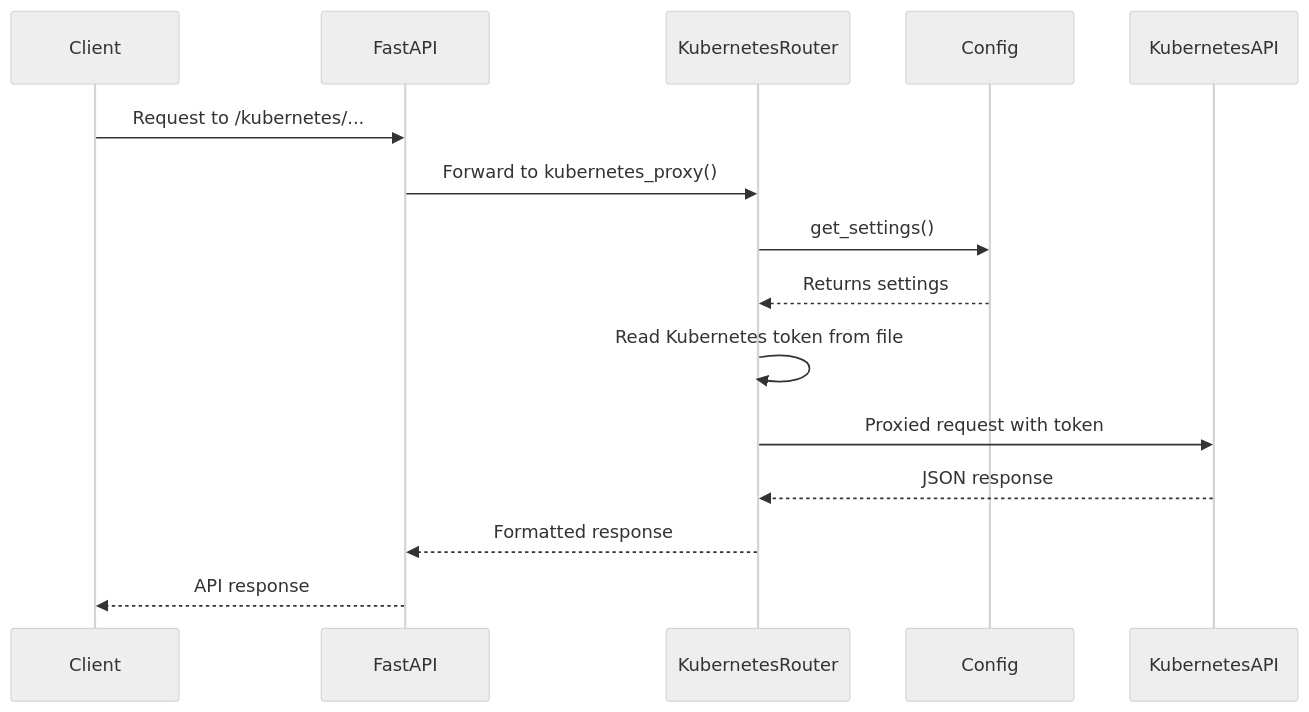
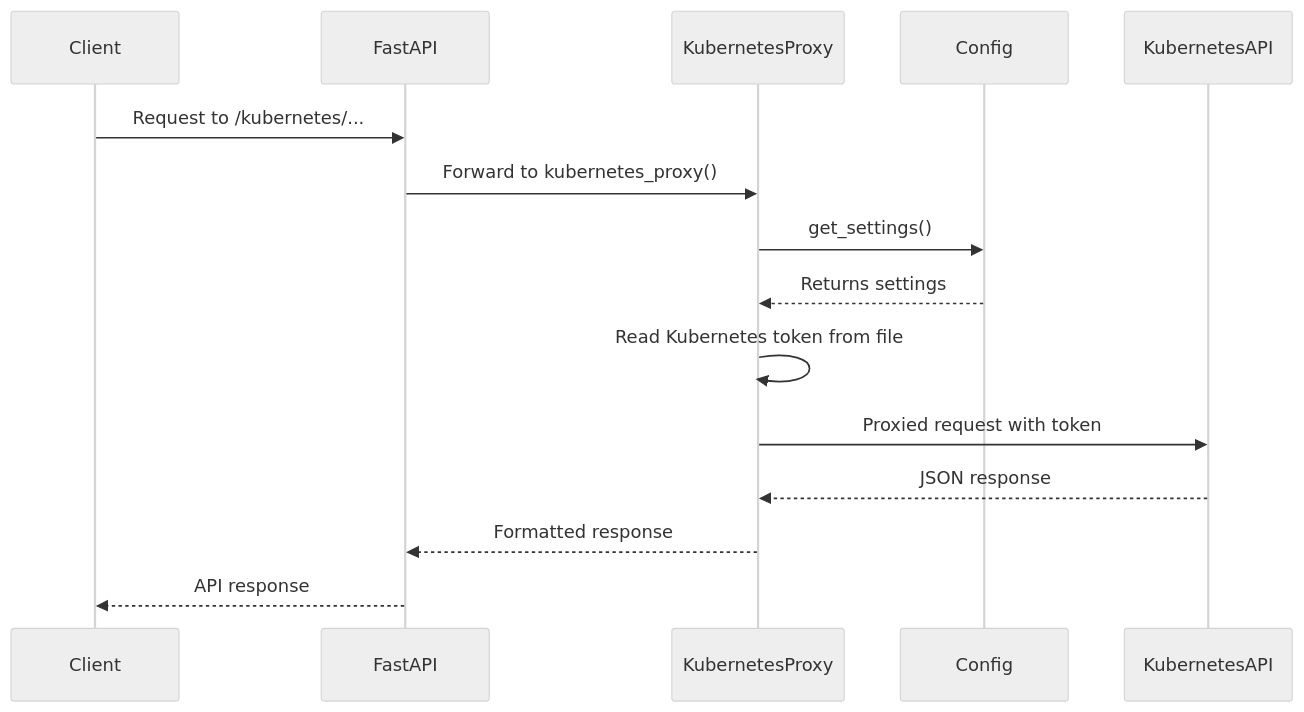
The fourth of 9 diagrams in README.md (lloydchang/tvp-k8s), drawn with Mermaid (neutral theme) before and after one commit. The commit also changed other lines of this file and 11 other files, not shown here.

````diff
--- a/README.md
+++ b/README.md
@@ -250,20 +250,20 @@
 ```mermaid
 sequenceDiagram
     participant Client
     participant FastAPI
-    participant KubernetesRouter
+    participant KubernetesProxy
     participant Config
     participant KubernetesAPI
     
     Client->>FastAPI: Request to /kubernetes/...
-    FastAPI->>KubernetesRouter: Forward to kubernetes_proxy()
-    KubernetesRouter->>Config: get_settings()
-    Config-->>KubernetesRouter: Returns settings
+    FastAPI->>KubernetesProxy: Forward to kubernetes_proxy()
+    KubernetesProxy->>Config: get_settings()
+    Config-->>KubernetesProxy: Returns settings
     
-    KubernetesRouter->>KubernetesRouter: Read Kubernetes token from file
-    KubernetesRouter->>KubernetesAPI: Proxied request with token
-    KubernetesAPI-->>KubernetesRouter: JSON response
-    KubernetesRouter-->>FastAPI: Formatted response
+    KubernetesProxy->>KubernetesProxy: Read Kubernetes token from file
+    KubernetesProxy->>KubernetesAPI: Proxied request with token
+    KubernetesAPI-->>KubernetesProxy: JSON response
+    KubernetesProxy-->>FastAPI: Formatted response
     FastAPI-->>Client: API response
 
 ```
````
